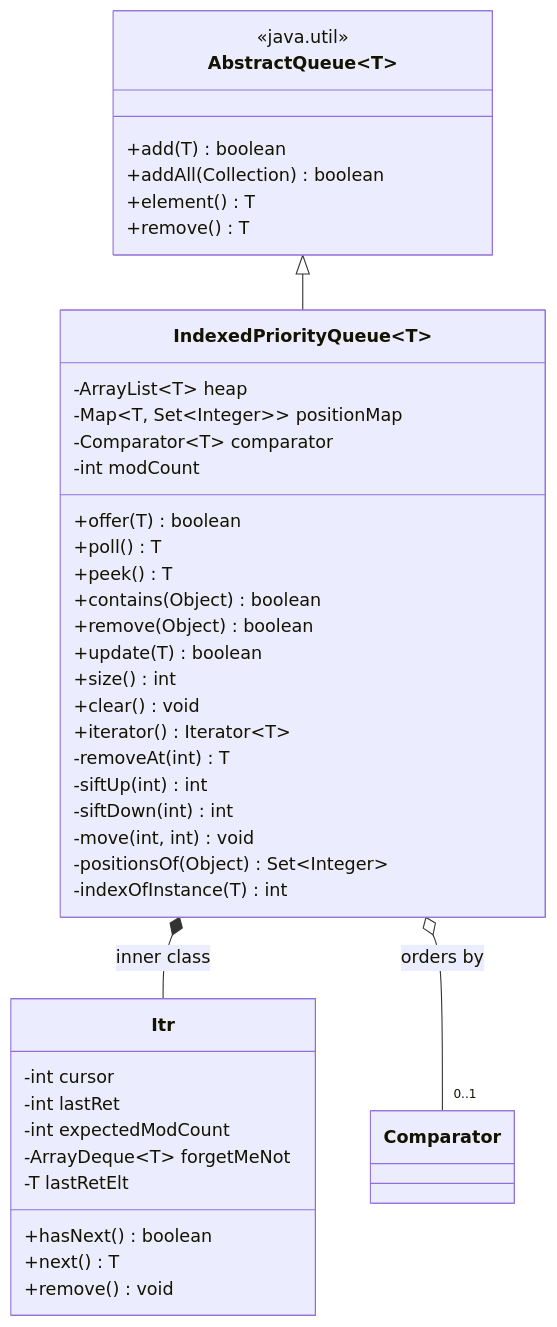
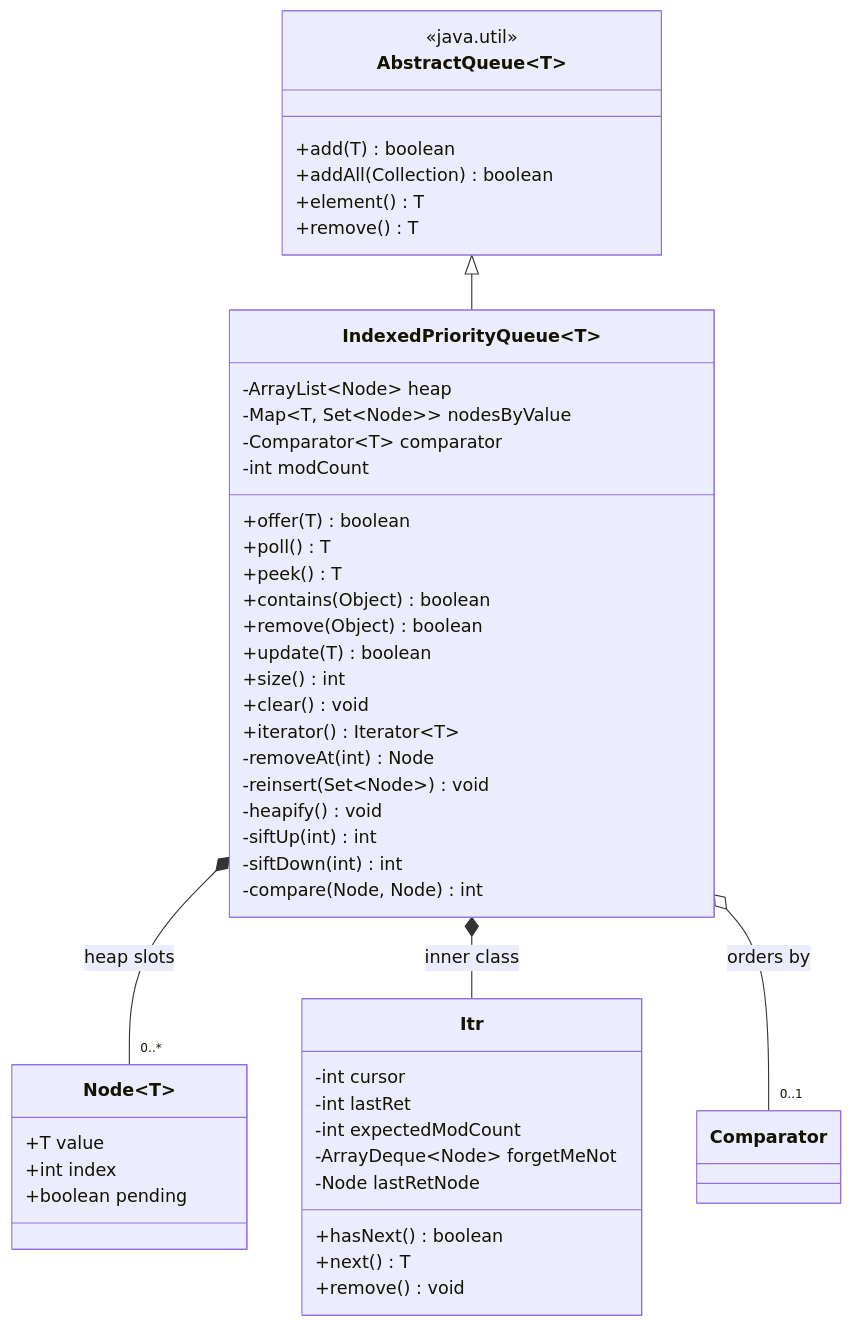
One commit to deyindra/System_Design changed the second of 10 diagrams in ds/README.md. Above: the diagram before and after it, drawn with Mermaid. The commit also changed other lines of this file and 2 other files, not shown here.

````diff
--- a/ds/README.md
+++ b/ds/README.md
@@ -21,47 +165,54 @@
 ```mermaid
 classDiagram
     class AbstractQueue~T~ {
         <<java.util>>
         +add(T) boolean
         +addAll(Collection) boolean
         +element() T
         +remove() T
     }
 
     class IndexedPriorityQueue~T~ {
-        -ArrayList~T~ heap
-        -Map&lt;T, Set&lt;Integer&gt;&gt; positionMap
+        -ArrayList~Node~ heap
+        -Map&lt;T, Set&lt;Node&gt;&gt; nodesByValue
         -Comparator~T~ comparator
         -int modCount
         +offer(T) boolean
         +poll() T
         +peek() T
         +contains(Object) boolean
         +remove(Object) boolean
         +update(T) boolean
         +size() int
         +clear() void
         +iterator() Iterator~T~
-        -removeAt(int) T
+        -removeAt(int) Node
+        -reinsert(Set~Node~) void
+        -heapify() void
         -siftUp(int) int
         -siftDown(int) int
-        -move(int, int) void
-        -positionsOf(Object) Set~Integer~
-        -indexOfInstance(T) int
+        -compare(Node, Node) int
+    }
+
+    class Node~T~ {
+        +T value
+        +int index
+        +boolean pending
     }
 
     class Itr {
         -int cursor
         -int lastRet
         -int expectedModCount
-        -ArrayDeque~T~ forgetMeNot
-        -T lastRetElt
+        -ArrayDeque~Node~ forgetMeNot
+        -Node lastRetNode
         +hasNext() boolean
         +next() T
         +remove() void
     }
 
     AbstractQueue <|-- IndexedPriorityQueue
+    IndexedPriorityQueue *-- "0..*" Node : heap slots
     IndexedPriorityQueue *-- Itr : inner class
     IndexedPriorityQueue o-- "0..1" Comparator : orders by
 ```
````
